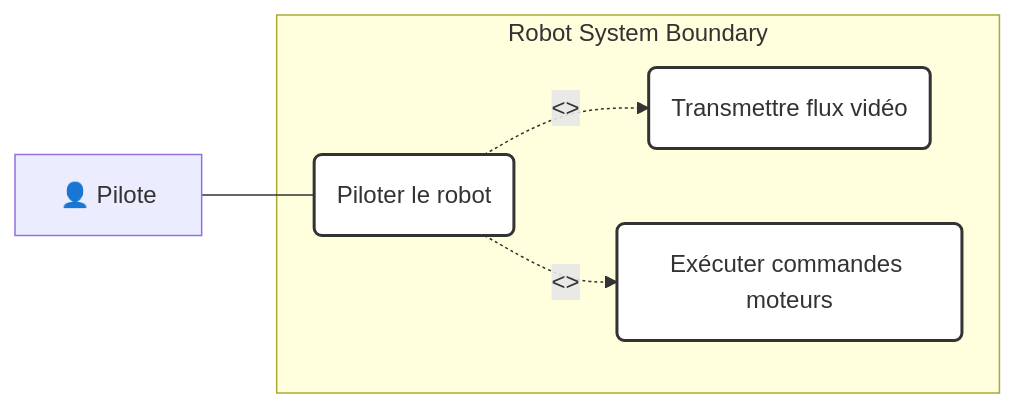
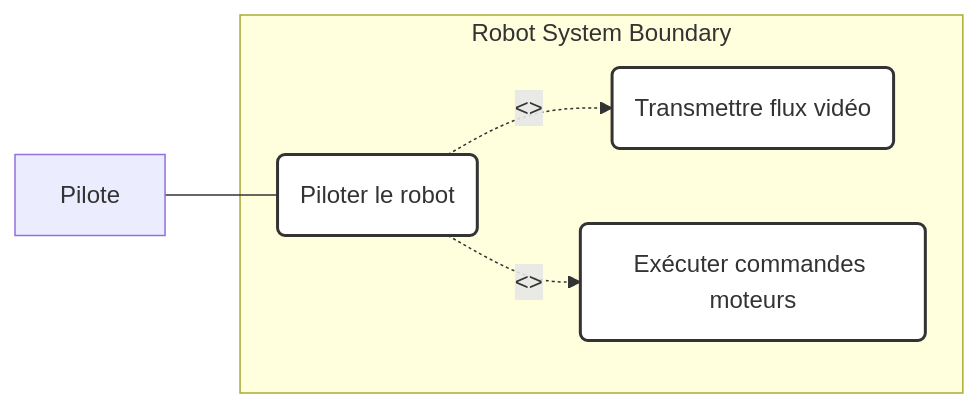
Before and after one commit to Vtheonly/Obsidian_Notes: diagram 13 of 34 in Master 1/S2/Advanced Code Patterns/Chapter 1.1: Use Case Diagram/00100 Excercise.md, drawn with Mermaid. The commit also changed other lines of this file and 3934 other files, not shown here.

````diff
--- a/Master 1/S2/Advanced Code Patterns/Chapter 1.1: Use Case Diagram/00100 Excercise.md
+++ b/Master 1/S2/Advanced Code Patterns/Chapter 1.1: Use Case Diagram/00100 Excercise.md
@@ -666,17 +666,17 @@
 ```mermaid
 graph LR
     subgraph Robot System Boundary
         UC_Pilot(Piloter le robot)
         UC_Video(Transmettre flux vidéo)
         UC_Command(Exécuter commandes moteurs)
         
         UC_Pilot -.->|<<include>>| UC_Video
         UC_Pilot -.->|<<include>>| UC_Command
     end
     
-    A_Pilot["👤 Pilote"] --- UC_Pilot
+    A_Pilot[" Pilote"] --- UC_Pilot
     
     style UC_Pilot fill:#fff,stroke:#333,stroke-width:2px;
     style UC_Video fill:#fff,stroke:#333,stroke-width:2px;
     style UC_Command fill:#fff,stroke:#333,stroke-width:2px;
 ```
````
